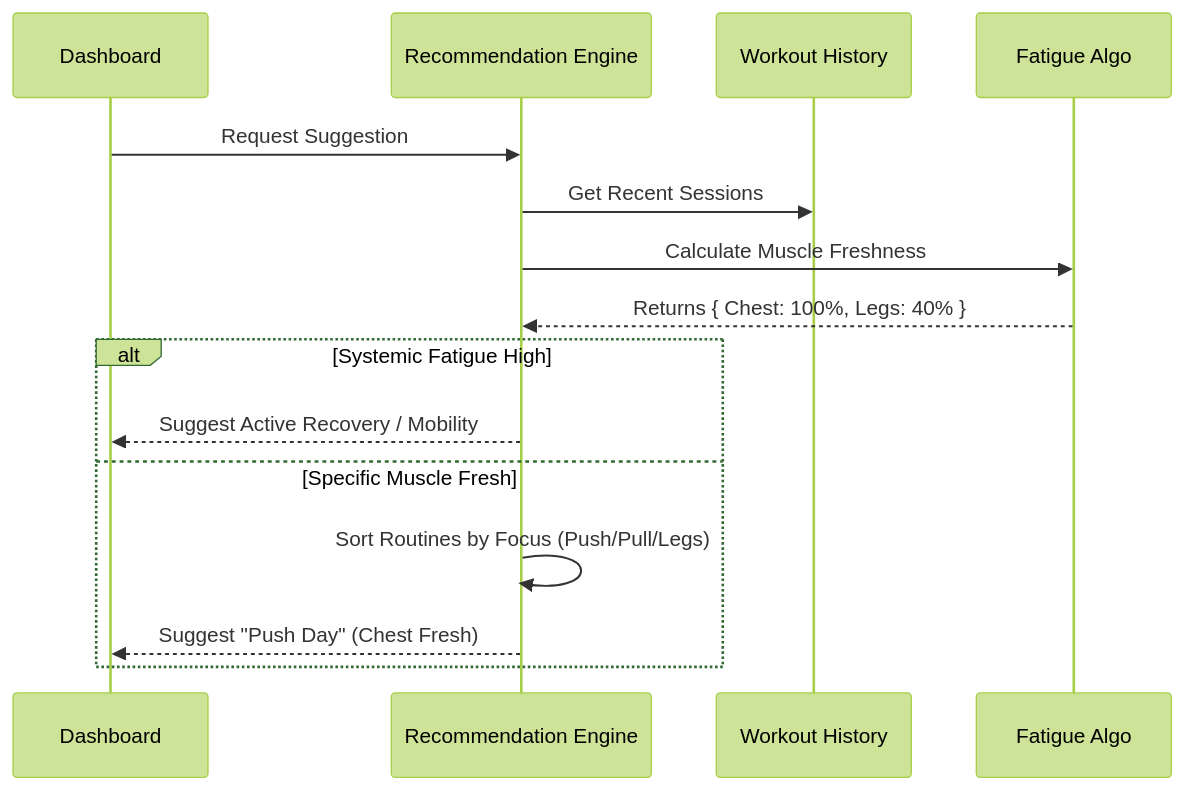
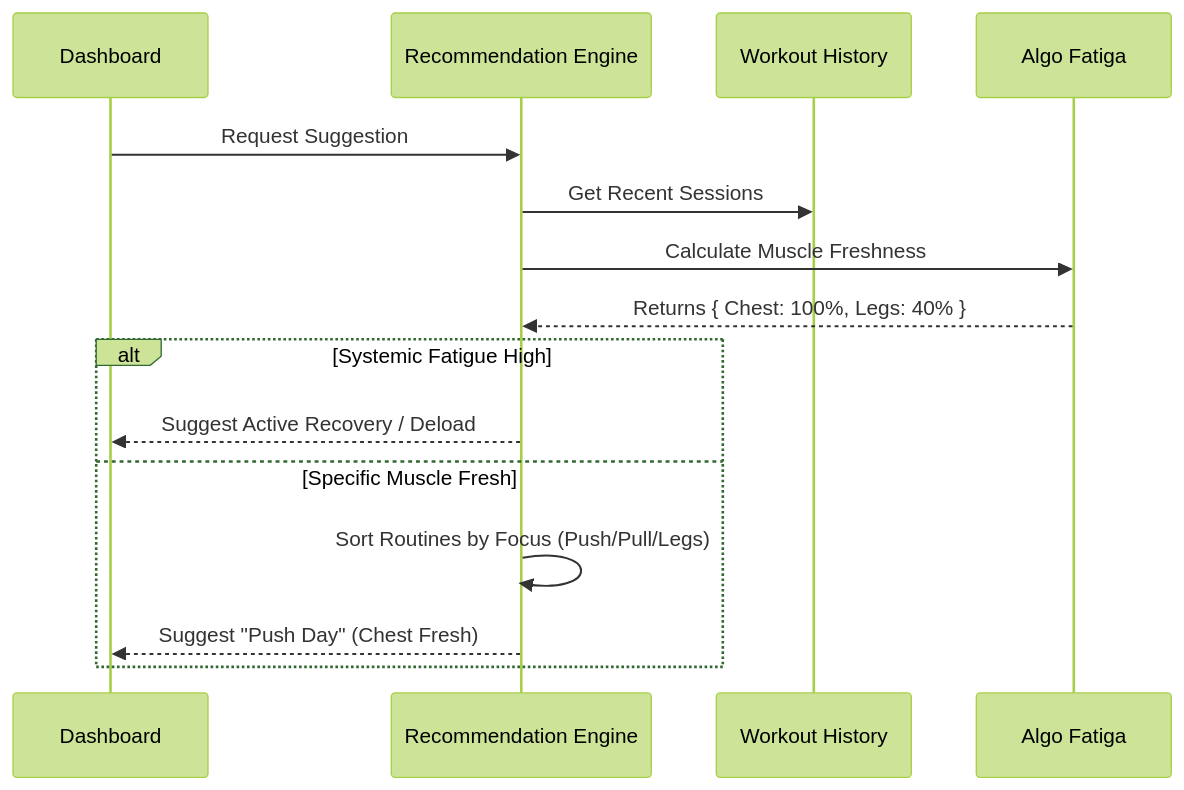
One commit to JuanchoGithub/gym-tracker changed the second of 3 diagrams in README.md. Above: the diagram before and after it, drawn with Mermaid (forest theme). The commit also changed other lines of this file, not shown here.

````diff
--- a/README.md
+++ b/README.md
@@ -101,19 +122,19 @@
 ```mermaid
 sequenceDiagram
     participant UI as Dashboard
     participant Heuristic as Recommendation Engine
     participant History as Workout History
-    participant Fatigue as Fatigue Algo
+    participant Fatigue as Algo Fatiga
 
     UI->>Heuristic: Request Suggestion
     Heuristic->>History: Get Recent Sessions
     Heuristic->>Fatigue: Calculate Muscle Freshness
     Fatigue-->>Heuristic: Returns { Chest: 100%, Legs: 40% }
     
     alt Systemic Fatigue High
-        Heuristic-->>UI: Suggest Active Recovery / Mobility
+        Heuristic-->>UI: Suggest Active Recovery / Deload
     else Specific Muscle Fresh
         Heuristic->>Heuristic: Sort Routines by Focus (Push/Pull/Legs)
         Heuristic-->>UI: Suggest "Push Day" (Chest Fresh)
     end
 ```
````
